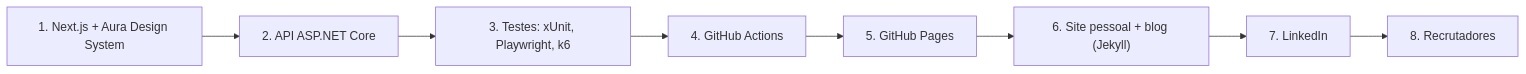
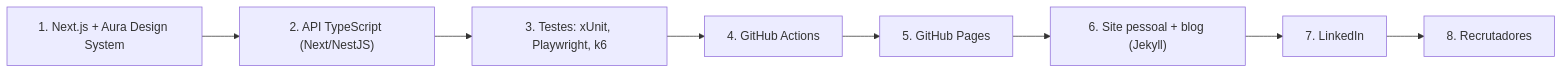
Before and after one commit to AlanMateus17/Portfolio-AMS-Obsidian-Vault: the third of 22 diagrams in 11-setup-dev-setup/docs/fluxos.md, drawn with Mermaid. The commit also changed other lines of this file and 126 other files, not shown here.

````diff
--- a/11-setup-dev-setup/docs/fluxos.md
+++ b/11-setup-dev-setup/docs/fluxos.md
@@ -87,18 +87,18 @@
 ```mermaid
 flowchart LR
   s0["1. Next.js + Aura Design System"]
-  s1["2. API ASP.NET Core"]
+  s1["2. API TypeScript (Next/NestJS)"]
   s2["3. Testes: xUnit, Playwright, k6"]
   s3["4. GitHub Actions"]
   s4["5. GitHub Pages"]
   s5["6. Site pessoal + blog (Jekyll)"]
   s6["7. LinkedIn"]
   s7["8. Recrutadores"]
   s0 --> s1
   s1 --> s2
   s2 --> s3
   s3 --> s4
   s4 --> s5
   s5 --> s6
   s6 --> s7
 ```
````
